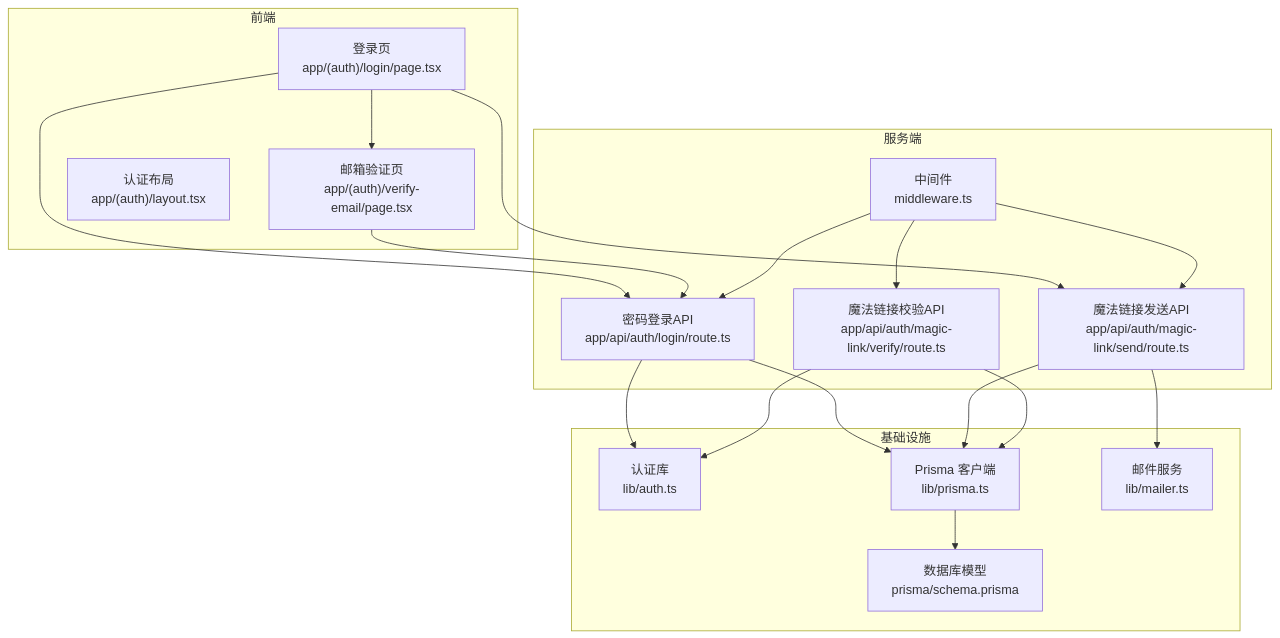
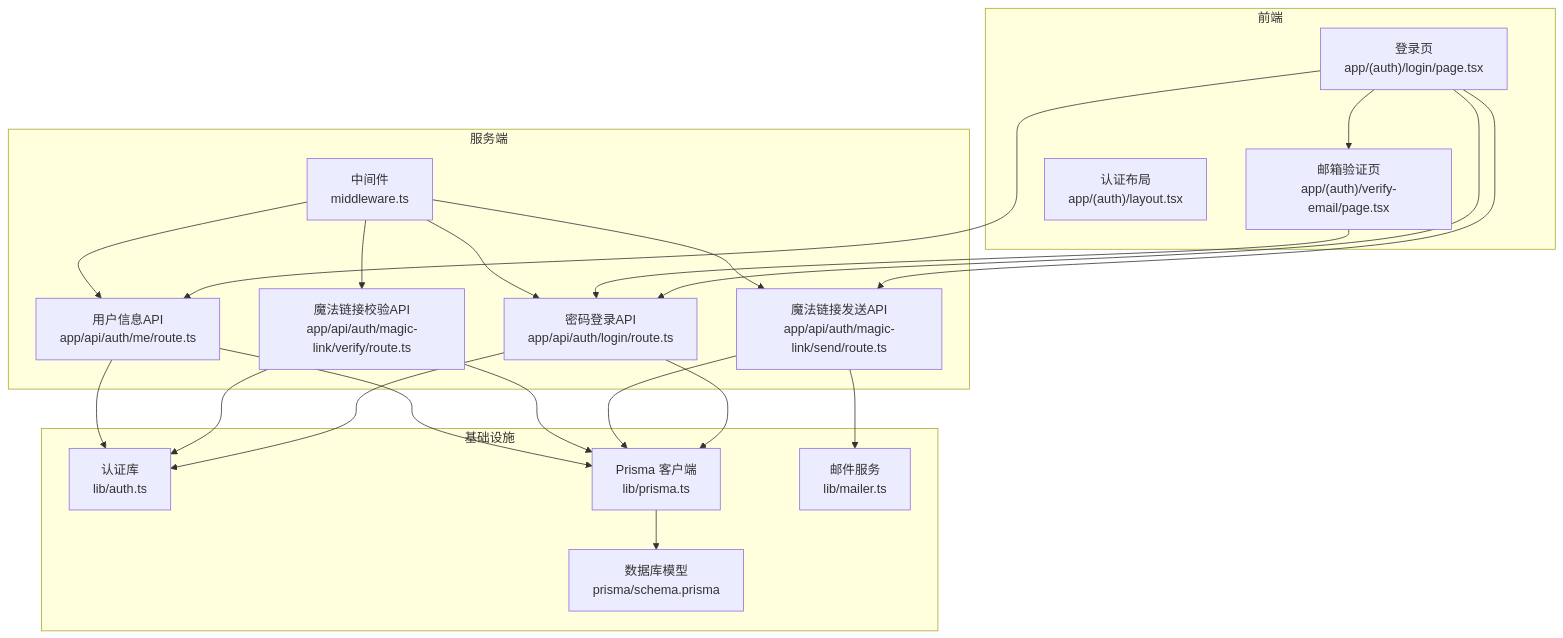
The first of 10 diagrams in .qoder/repowiki/zh/content/用户认证系统/登录页面调试功能.md (kangkang919/xinya), drawn with Mermaid before and after one commit. The commit also changed other lines of this file and 37 other files, not shown here.

````diff
--- a/.qoder/repowiki/zh/content/用户认证系统/登录页面调试功能.md
+++ b/.qoder/repowiki/zh/content/用户认证系统/登录页面调试功能.md
@@ -36,34 +43,39 @@
 ```mermaid
 graph TB
 subgraph "前端"
 L["登录页<br/>app/(auth)/login/page.tsx"]
 V["邮箱验证页<br/>app/(auth)/verify-email/page.tsx"]
 AL["认证布局<br/>app/(auth)/layout.tsx"]
 end
 subgraph "服务端"
 M["中间件<br/>middleware.ts"]
 RL["密码登录API<br/>app/api/auth/login/route.ts"]
 MS["魔法链接发送API<br/>app/api/auth/magic-link/send/route.ts"]
 MV["魔法链接校验API<br/>app/api/auth/magic-link/verify/route.ts"]
+AM["用户信息API<br/>app/api/auth/me/route.ts"]
 end
 subgraph "基础设施"
 A["认证库<br/>lib/auth.ts"]
 P["Prisma 客户端<br/>lib/prisma.ts"]
 S["数据库模型<br/>prisma/schema.prisma"]
 E["邮件服务<br/>lib/mailer.ts"]
 end
 L --> RL
 L --> MS
 L --> V
+L --> AM
 V --> RL
 RL --> A
 RL --> P
 MS --> E
 MS --> P
 MV --> A
 MV --> P
+AM --> A
+AM --> P
 M --> RL
 M --> MS
 M --> MV
+M --> AM
 P --> S
 ```
````
